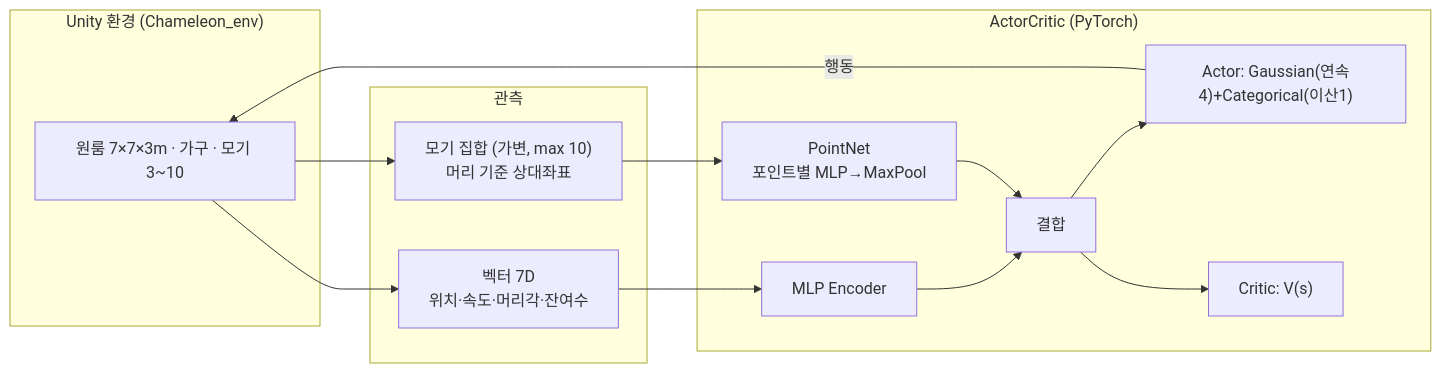
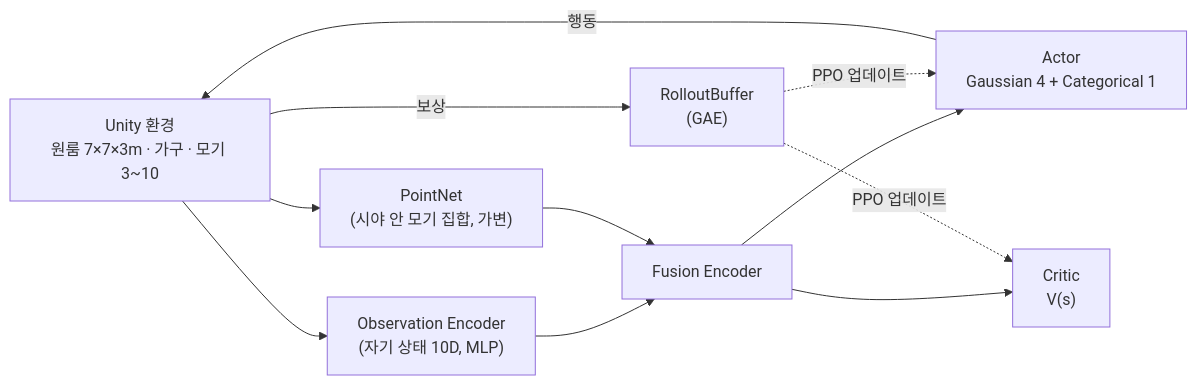
Before and after one commit to Jacod97/chameleon-agent: the diagram in README.md, drawn with Mermaid. The commit also changed other lines of this file and 2 other files, not shown here.

````diff
--- a/README.md
+++ b/README.md
@@ -40,22 +129,19 @@
 ```mermaid
 flowchart LR
-    subgraph Unity["Unity 환경 (Chameleon_env)"]
-        E["원룸 7×7×3m · 가구 · 모기 3~10"]
-    end
-    subgraph Obs["관측"]
-        V["벡터 7D<br/>위치·속도·머리각·잔여수"]
-        P["모기 집합 (가변, max 10)<br/>머리 기준 상대좌표"]
-    end
-    subgraph Net["ActorCritic (PyTorch)"]
-        ME["MLP Encoder"]
-        PN["PointNet<br/>포인트별 MLP→MaxPool"]
-        C["결합"]
-        A["Actor: Gaussian(연속4)+Categorical(이산1)"]
-        CR["Critic: V(s)"]
-    end
-    E --> V --> ME --> C
-    E --> P --> PN --> C
-    C --> A
-    C --> CR
-    A -- "행동" --> E
+    ENV["Unity 환경<br/>원룸 7×7×3m · 가구 · 모기 3~10"]
+    OENC["Observation Encoder<br/>(자기 상태 10D, MLP)"]
+    PNET["PointNet<br/>(시야 안 모기 집합, 가변)"]
+    FUSE["Fusion Encoder"]
+    ACT["Actor<br/>Gaussian 4 + Categorical 1"]
+    CRI["Critic<br/>V(s)"]
+    BUF["RolloutBuffer<br/>(GAE)"]
+
+    ENV --> OENC --> FUSE
+    ENV --> PNET --> FUSE
+    FUSE --> ACT
+    FUSE --> CRI
+    ACT -->|"행동"| ENV
+    ENV -->|"보상"| BUF
+    BUF -.->|"PPO 업데이트"| ACT
+    BUF -.->|"PPO 업데이트"| CRI
 ```
````
